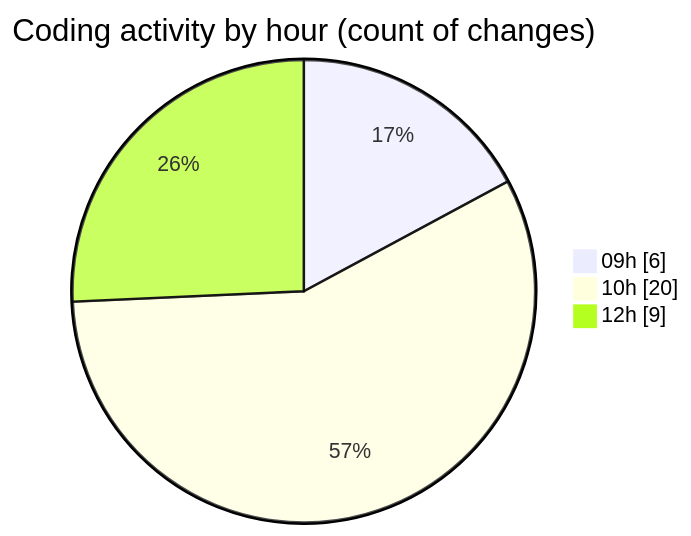
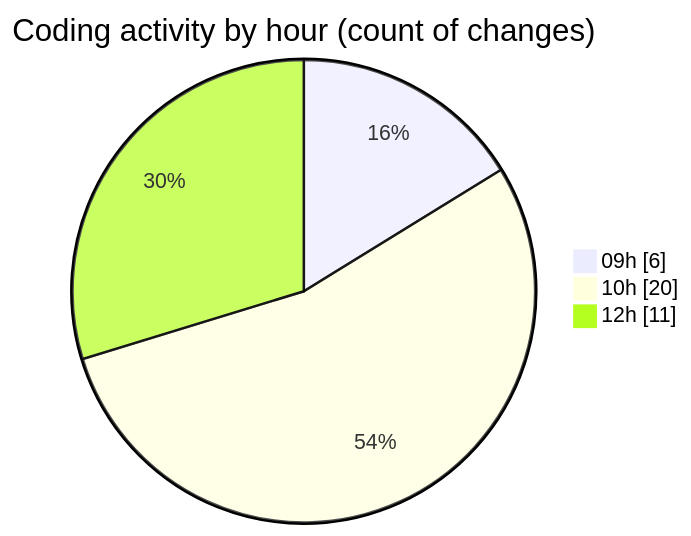
One commit to becaeroporto-bot/code-tracking changed the second of 2 diagrams in 2026-02-18/bot_v1_2/README.md. Above: the diagram before and after it, drawn with Mermaid. The commit also changed other lines of this file and 1 other file, not shown here.

````diff
--- a/2026-02-18/bot_v1_2/README.md
+++ b/2026-02-18/bot_v1_2/README.md
@@ -52,7 +52,7 @@
 ```mermaid
 pie showData
 title Coding activity by hour (count of changes)
 "09h" : 6
 "10h" : 20
-"12h" : 9
+"12h" : 11
 ```
````
